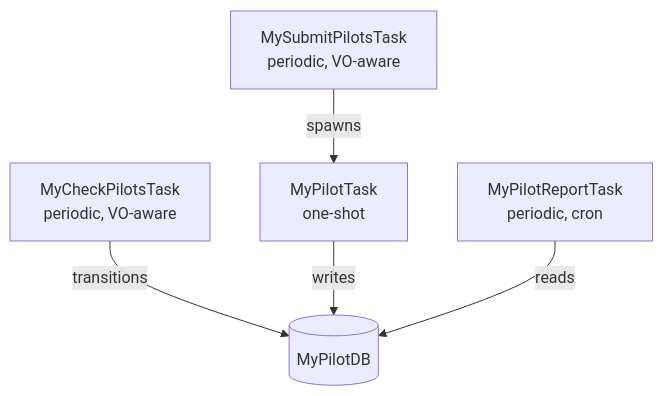
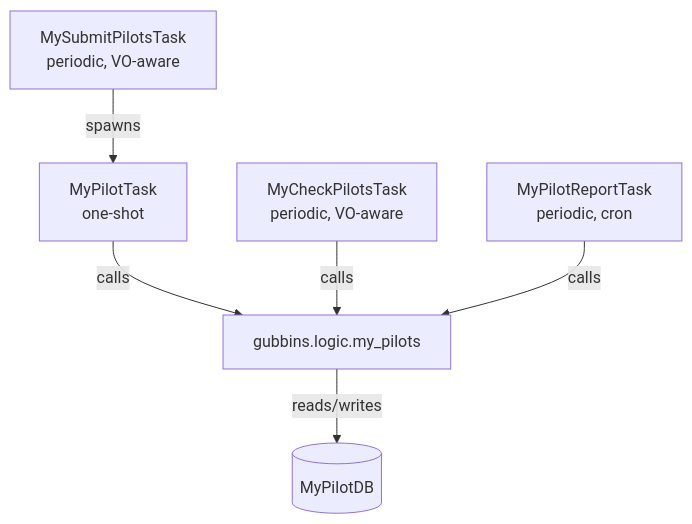
One commit to DIRACGrid/diracx changed the second of 2 diagrams in docs/dev/tutorials/advanced-tutorial/design.md. Above: the diagram before and after it, drawn with Mermaid. The commit also changed other lines of this file and 11 other files, not shown here.

````diff
--- a/docs/dev/tutorials/advanced-tutorial/design.md
+++ b/docs/dev/tutorials/advanced-tutorial/design.md
@@ -45,7 +45,8 @@
 ```mermaid
 graph TD
     A[MySubmitPilotsTask<br/>periodic, VO-aware] -->|spawns| B[MyPilotTask<br/>one-shot]
-    C[MyCheckPilotsTask<br/>periodic, VO-aware] -->|transitions| D[(MyPilotDB)]
-    B -->|writes| D
-    E[MyPilotReportTask<br/>periodic, cron] -->|reads| D
+    B -->|calls| L[gubbins.logic.my_pilots]
+    C[MyCheckPilotsTask<br/>periodic, VO-aware] -->|calls| L
+    E[MyPilotReportTask<br/>periodic, cron] -->|calls| L
+    L -->|reads/writes| D[(MyPilotDB)]
 ```
````
